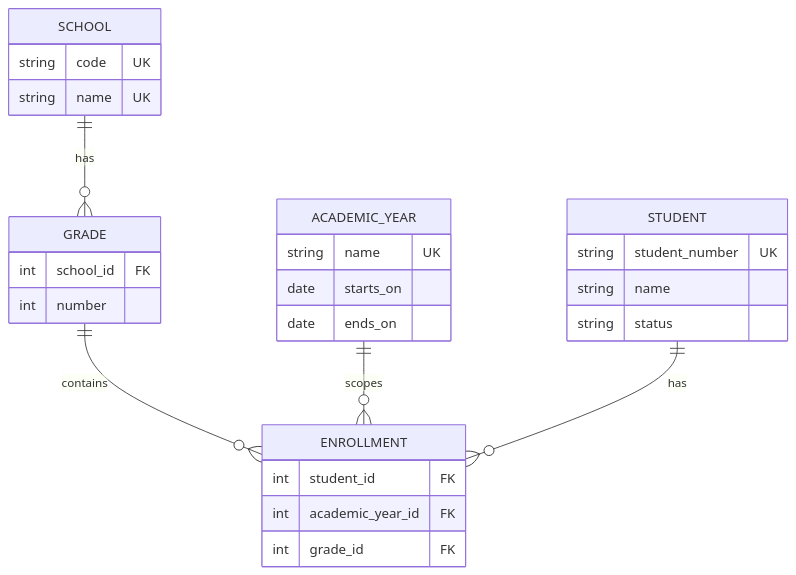
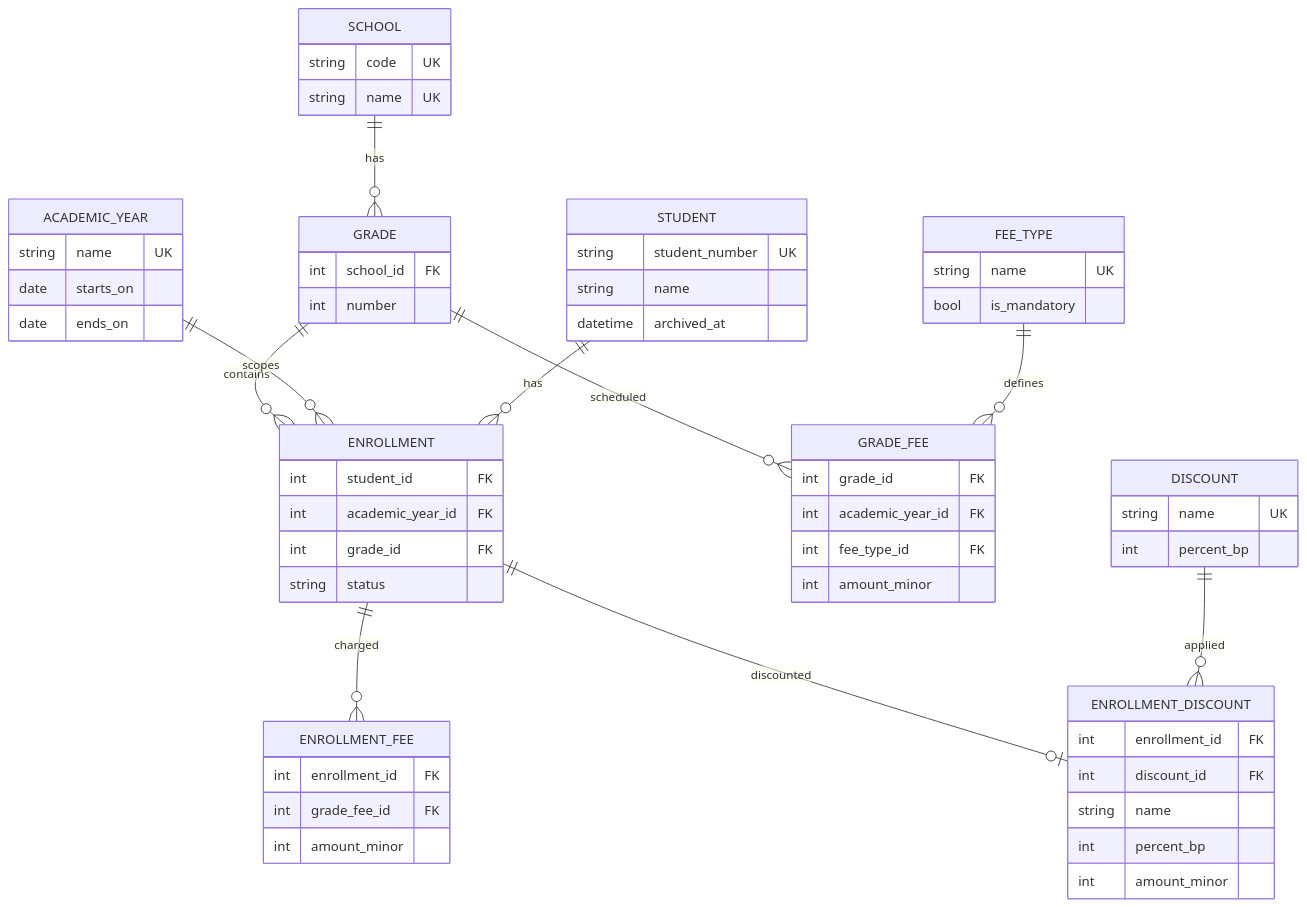
One commit to iam-omer-mahdi/school-management-system changed the diagram in README.md. Above: the diagram before and after it, drawn with Mermaid. The commit also changed other lines of this file and 1 other file, not shown here.

Commit message:
docs: describe enrollment status, archive and fee catalog

````diff
--- a/README.md
+++ b/README.md
@@ -171,21 +180,43 @@
 ```mermaid
 erDiagram
     SCHOOL ||--o{ GRADE : has
     GRADE ||--o{ ENROLLMENT : contains
     ACADEMIC_YEAR ||--o{ ENROLLMENT : scopes
     STUDENT ||--o{ ENROLLMENT : has
+    ENROLLMENT ||--o{ ENROLLMENT_FEE : charged
+    ENROLLMENT ||--o| ENROLLMENT_DISCOUNT : discounted
+    GRADE ||--o{ GRADE_FEE : scheduled
+    FEE_TYPE ||--o{ GRADE_FEE : defines
+    DISCOUNT ||--o{ ENROLLMENT_DISCOUNT : applied
 
     SCHOOL { string code UK
              string name UK }
     GRADE { int school_id FK
             int number }
     ACADEMIC_YEAR { string name UK
                     date starts_on
                     date ends_on }
     STUDENT { string student_number UK
               string name
-              string status }
+              datetime archived_at }
     ENROLLMENT { int student_id FK
                  int academic_year_id FK
-                 int grade_id FK }
+                 int grade_id FK
+                 string status }
+    FEE_TYPE { string name UK
+               bool is_mandatory }
+    GRADE_FEE { int grade_id FK
+                int academic_year_id FK
+                int fee_type_id FK
+                int amount_minor }
+    ENROLLMENT_FEE { int enrollment_id FK
+                     int grade_fee_id FK
+                     int amount_minor }
+    DISCOUNT { string name UK
+               int percent_bp }
+    ENROLLMENT_DISCOUNT { int enrollment_id FK
+                          int discount_id FK
+                          string name
+                          int percent_bp
+                          int amount_minor }
 ```
````
